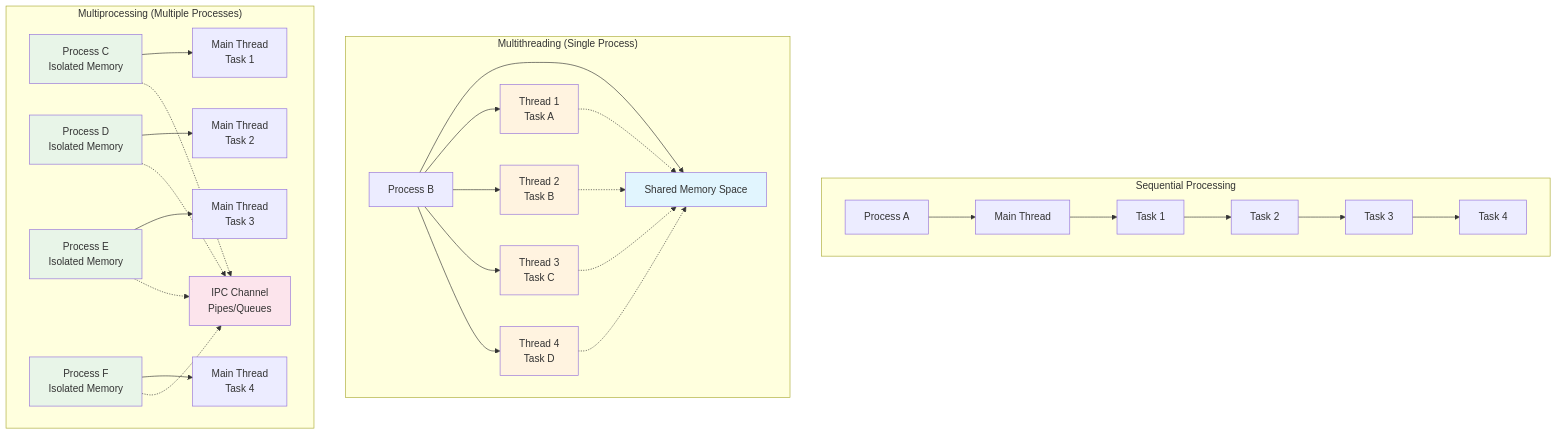
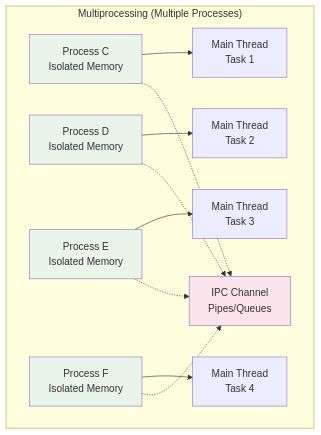
The third of 4 diagrams in Learning-MultiThreading:MultiProcessing/README.md (Vidit-Ostwal/PersonalBlog), drawn with Mermaid before and after one commit.

````diff
--- a/Learning-MultiThreading:MultiProcessing/README.md
+++ b/Learning-MultiThreading:MultiProcessing/README.md
@@ -26,47 +58,20 @@
 ```mermaid
 graph TB
-    subgraph "Sequential Processing"
-        A[Process A] --> B[Main Thread]
-        B --> C[Task 1]
-        C --> D[Task 2]
-        D --> E[Task 3]
-        E --> F[Task 4]
-    end
-    
-    subgraph "Multithreading (Single Process)"
-        G[Process B] --> H[Shared Memory Space]
-        G --> I[Thread 1<br/>Task A]
-        G --> J[Thread 2<br/>Task B]
-        G --> K[Thread 3<br/>Task C]
-        G --> L[Thread 4<br/>Task D]
-        
-        I -.-> H
-        J -.-> H
-        K -.-> H
-        L -.-> H
-        
-        style H fill:#e1f5fe
-        style I fill:#fff3e0
-        style J fill:#fff3e0
-        style K fill:#fff3e0
-        style L fill:#fff3e0
-    end
-    
     subgraph "Multiprocessing (Multiple Processes)"
         M[Process C<br/>Isolated Memory] --> N[Main Thread<br/>Task 1]
         O[Process D<br/>Isolated Memory] --> P[Main Thread<br/>Task 2]
         Q[Process E<br/>Isolated Memory] --> R[Main Thread<br/>Task 3]
         S[Process F<br/>Isolated Memory] --> T[Main Thread<br/>Task 4]
         
         M -.-> U[IPC Channel<br/>Pipes/Queues]
         O -.-> U
         Q -.-> U
         S -.-> U
         
         style M fill:#e8f5e8
         style O fill:#e8f5e8
         style Q fill:#e8f5e8
         style S fill:#e8f5e8
         style U fill:#fce4ec
     end
 ```
````
